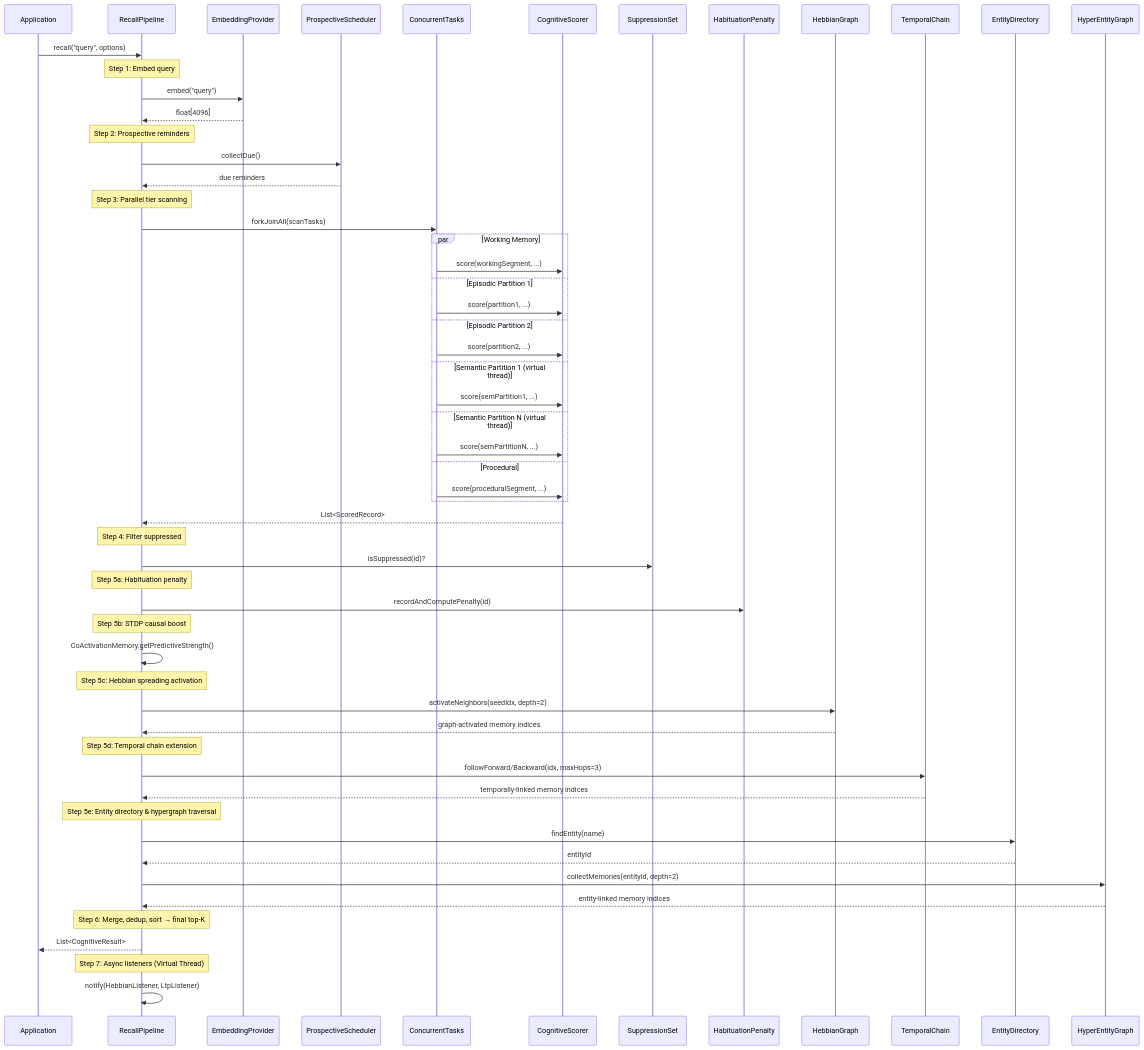
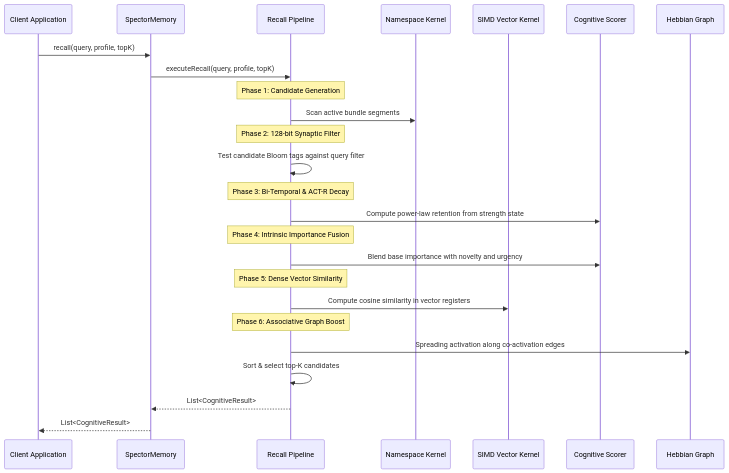
The third of 3 diagrams in docs/docs/memory/architecture.md (spectrayan/spector), drawn with Mermaid before and after one commit. The commit also changed other lines of this file and 15 other files, not shown here.

First line of the commit message:
docs(kernel): overhaul memory kernel documentation and mkdocs navigation (#820)

````diff
--- a/docs/docs/memory/architecture.md
+++ b/docs/docs/memory/architecture.md
@@ -109,73 +128,35 @@
 ```mermaid
 sequenceDiagram
-    participant App as Application
-    participant RP as RecallPipeline
-    participant EP as EmbeddingProvider
-    participant PS as ProspectiveScheduler
-    participant CT as ConcurrentTasks
-    participant CS as CognitiveScorer
-    participant SS as SuppressionSet
-    participant HP as HabituationPenalty
-    participant HG as HebbianGraph
-    participant TC as TemporalChain
-    participant ED as EntityDirectory
-    participant HEG as HyperEntityGraph
+    participant App as Client Application
+    participant SM as SpectorMemory
+    participant RP as Recall Pipeline
+    participant NK as Namespace Kernel
+    participant SIMD as SIMD Vector Kernel
+    participant SC as Cognitive Scorer
+    participant HG as Hebbian Graph
 
-    App->>RP: recall("query", options)
+    App->>SM: recall(query, profile, topK)
+    SM->>RP: executeRecall(query, profile, topK)
     
-    Note over RP: Step 1: Embed query
-    RP->>EP: embed("query")
-    EP-->>RP: float[4096]
+    Note over RP: Phase 1: Candidate Generation
+    RP->>NK: Scan active bundle segments
     
-    Note over RP: Step 2: Prospective reminders
-    RP->>PS: collectDue()
-    PS-->>RP: due reminders
+    Note over RP: Phase 2: 128-bit Synaptic Filter
+    RP->>RP: Test candidate Bloom tags against query filter
     
-    Note over RP: Step 3: Parallel tier scanning
-    RP->>CT: forkJoinAll(scanTasks)
+    Note over RP: Phase 3: Bi-Temporal & ACT-R Decay
+    RP->>SC: Compute power-law retention from strength state
     
-    par Working Memory
-        CT->>CS: score(workingSegment, ...)
-    and Episodic Partition 1
-        CT->>CS: score(partition1, ...)
-    and Episodic Partition 2
-        CT->>CS: score(partition2, ...)
-    and Semantic Partition 1 (virtual thread)
-        CT->>CS: score(semPartition1, ...)
-    and Semantic Partition N (virtual thread)
-        CT->>CS: score(semPartitionN, ...)
-    and Procedural
-        CT->>CS: score(proceduralSegment, ...)
-    end
+    Note over RP: Phase 4: Intrinsic Importance Fusion
+    RP->>SC: Blend base importance with novelty and urgency
     
-    CS-->>RP: List<ScoredRecord>
+    Note over RP: Phase 5: Dense Vector Similarity
+    RP->>SIMD: Compute cosine similarity in vector registers
     
-    Note over RP: Step 4: Filter suppressed
-    RP->>SS: isSuppressed(id)?
+    Note over RP: Phase 6: Associative Graph Boost
+    RP->>HG: Spreading activation along co-activation edges
     
-    Note over RP: Step 5a: Habituation penalty
-    RP->>HP: recordAndComputePenalty(id)
-    
-    Note over RP: Step 5b: STDP causal boost
-    RP->>RP: CoActivationMemory.getPredictiveStrength()
-    
-    Note over RP: Step 5c: Hebbian spreading activation
-    RP->>HG: activateNeighbors(seedIdx, depth=2)
-    HG-->>RP: graph-activated memory indices
-    
-    Note over RP: Step 5d: Temporal chain extension
-    RP->>TC: followForward/Backward(idx, maxHops=3)
-    TC-->>RP: temporally-linked memory indices
-    
-    Note over RP: Step 5e: Entity directory & hypergraph traversal
-    RP->>ED: findEntity(name)
-    ED-->>RP: entityId
-    RP->>HEG: collectMemories(entityId, depth=2)
-    HEG-->>RP: entity-linked memory indices
-    
-    Note over RP: Step 6: Merge, dedup, sort → final top-K
-    RP-->>App: List<CognitiveResult>
-    
-    Note over RP: Step 7: Async listeners (Virtual Thread)
-    RP->>RP: notify(HebbianListener, LtpListener)
+    RP->>RP: Sort & select top-K candidates
+    RP-->>SM: List<CognitiveResult>
+    SM-->>App: List<CognitiveResult>
 ```
````
